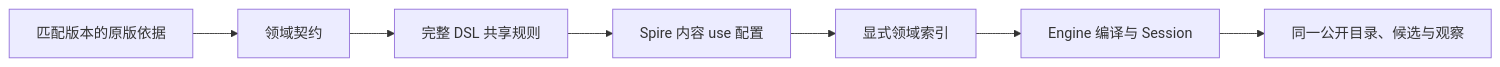
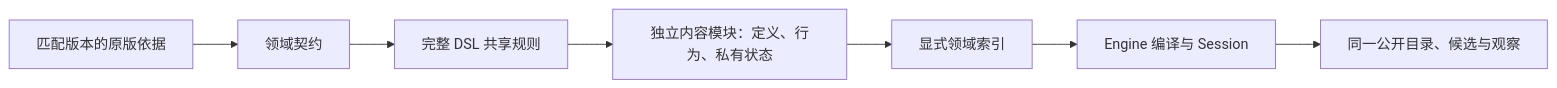
Before and after one commit to QingXiang22/auto-the-spire: the diagram in docs/development/base-spire/explanation/development-model.md, drawn with Mermaid. The commit also changed other lines of this file and 170 other files, not shown here.

````diff
--- a/docs/development/base-spire/explanation/development-model.md
+++ b/docs/development/base-spire/explanation/development-model.md
@@ -9,9 +9,9 @@
 ```mermaid
 flowchart LR
     Source[匹配版本的原版依据] --> Contract[领域契约]
     Contract --> Shared[完整 DSL 共享规则]
-    Shared --> Config[Spire 内容 use 配置]
+    Shared --> Config[独立内容模块：定义、行为、私有状态]
     Config --> Index[显式领域索引]
     Index --> Engine[Engine 编译与 Session]
     Engine --> Public[同一公开目录、候选与观察]
 ```
````
